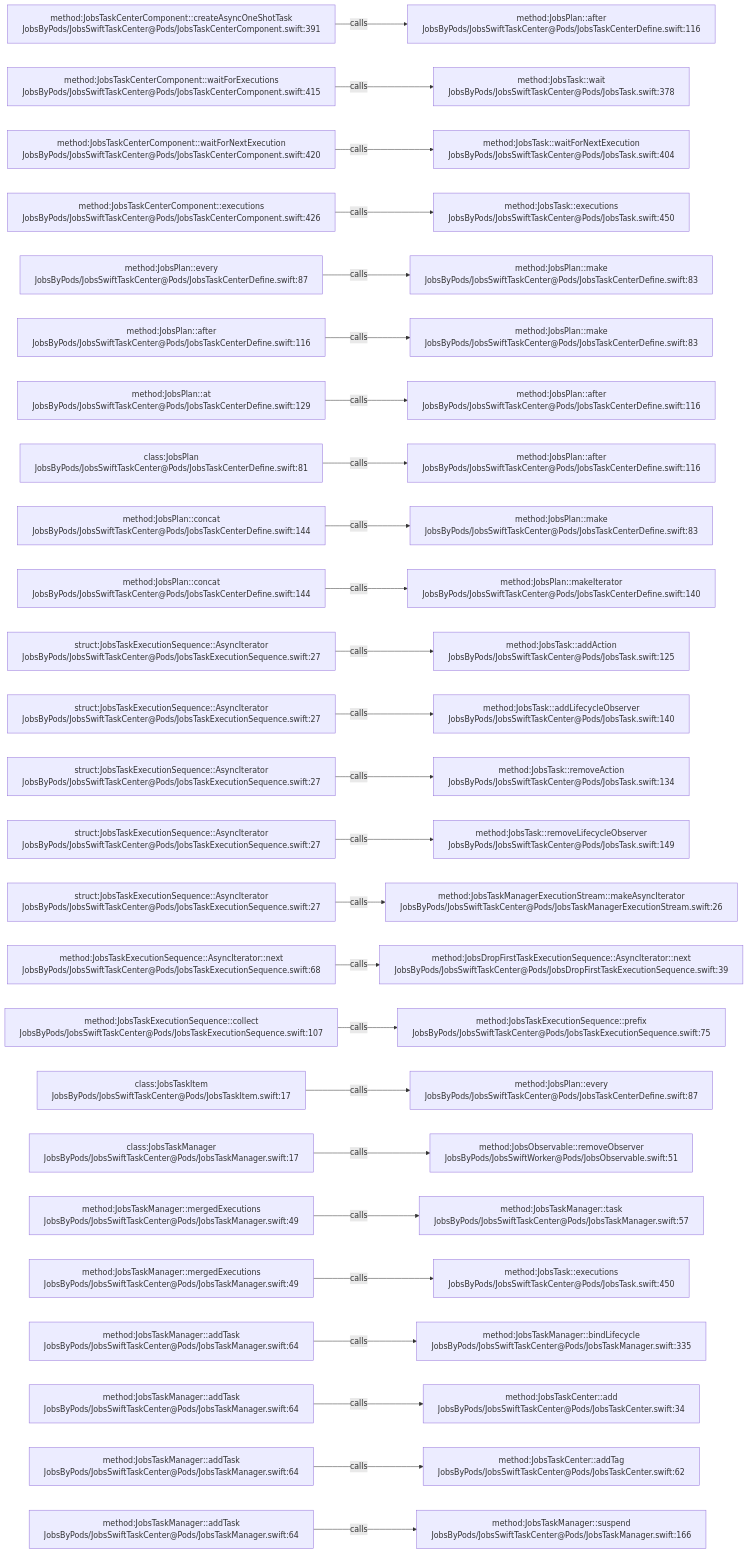
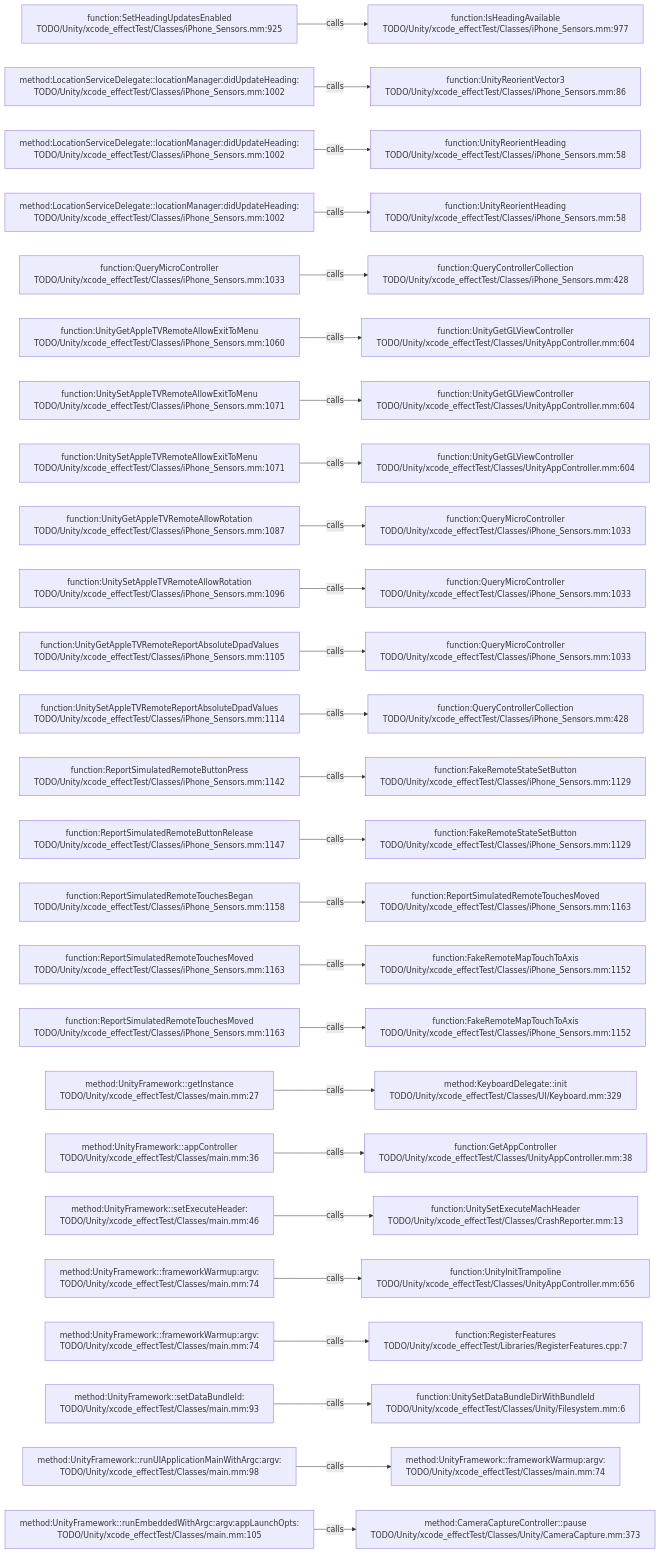
One commit to JobsKits/JobsSwiftBaseConfigDemo changed the diagram in .codegraph/codegraph.md/graphs/calls-054.md. Above: the diagram before and after it, drawn with Mermaid. The commit also changed 227 other files, not shown here.

````diff
--- a/.codegraph/codegraph.md/graphs/calls-054.md
+++ b/.codegraph/codegraph.md/graphs/calls-054.md
@@ -13,78 +13,78 @@
 ```mermaid
 flowchart LR
-  S1["method:JobsTaskCenterComponent::createAsyncOneShotTask<br/>JobsByPods/JobsSwiftTaskCenter@Pods/JobsTaskCenterComponent.swift:391"]
-  T1["method:JobsPlan::after<br/>JobsByPods/JobsSwiftTaskCenter@Pods/JobsTaskCenterDefine.swift:116"]
+  S1["function:SetHeadingUpdatesEnabled<br/>TODO/Unity/xcode_effectTest/Classes/iPhone_Sensors.mm:925"]
+  T1["function:IsHeadingAvailable<br/>TODO/Unity/xcode_effectTest/Classes/iPhone_Sensors.mm:977"]
   S1 -->|calls| T1
-  S2["method:JobsTaskCenterComponent::waitForExecutions<br/>JobsByPods/JobsSwiftTaskCenter@Pods/JobsTaskCenterComponent.swift:415"]
-  T2["method:JobsTask::wait<br/>JobsByPods/JobsSwiftTaskCenter@Pods/JobsTask.swift:378"]
+  S2["method:LocationServiceDelegate::locationManager:didUpdateHeading:<br/>TODO/Unity/xcode_effectTest/Classes/iPhone_Sensors.mm:1002"]
+  T2["function:UnityReorientVector3<br/>TODO/Unity/xcode_effectTest/Classes/iPhone_Sensors.mm:86"]
   S2 -->|calls| T2
-  S3["method:JobsTaskCenterComponent::waitForNextExecution<br/>JobsByPods/JobsSwiftTaskCenter@Pods/JobsTaskCenterComponent.swift:420"]
-  T3["method:JobsTask::waitForNextExecution<br/>JobsByPods/JobsSwiftTaskCenter@Pods/JobsTask.swift:404"]
+  S3["method:LocationServiceDelegate::locationManager:didUpdateHeading:<br/>TODO/Unity/xcode_effectTest/Classes/iPhone_Sensors.mm:1002"]
+  T3["function:UnityReorientHeading<br/>TODO/Unity/xcode_effectTest/Classes/iPhone_Sensors.mm:58"]
   S3 -->|calls| T3
-  S4["method:JobsTaskCenterComponent::executions<br/>JobsByPods/JobsSwiftTaskCenter@Pods/JobsTaskCenterComponent.swift:426"]
-  T4["method:JobsTask::executions<br/>JobsByPods/JobsSwiftTaskCenter@Pods/JobsTask.swift:450"]
+  S4["method:LocationServiceDelegate::locationManager:didUpdateHeading:<br/>TODO/Unity/xcode_effectTest/Classes/iPhone_Sensors.mm:1002"]
+  T4["function:UnityReorientHeading<br/>TODO/Unity/xcode_effectTest/Classes/iPhone_Sensors.mm:58"]
   S4 -->|calls| T4
-  S5["method:JobsPlan::every<br/>JobsByPods/JobsSwiftTaskCenter@Pods/JobsTaskCenterDefine.swift:87"]
-  T5["method:JobsPlan::make<br/>JobsByPods/JobsSwiftTaskCenter@Pods/JobsTaskCenterDefine.swift:83"]
+  S5["function:QueryMicroController<br/>TODO/Unity/xcode_effectTest/Classes/iPhone_Sensors.mm:1033"]
+  T5["function:QueryControllerCollection<br/>TODO/Unity/xcode_effectTest/Classes/iPhone_Sensors.mm:428"]
   S5 -->|calls| T5
-  S6["method:JobsPlan::after<br/>JobsByPods/JobsSwiftTaskCenter@Pods/JobsTaskCenterDefine.swift:116"]
-  T6["method:JobsPlan::make<br/>JobsByPods/JobsSwiftTaskCenter@Pods/JobsTaskCenterDefine.swift:83"]
+  S6["function:UnityGetAppleTVRemoteAllowExitToMenu<br/>TODO/Unity/xcode_effectTest/Classes/iPhone_Sensors.mm:1060"]
+  T6["function:UnityGetGLViewController<br/>TODO/Unity/xcode_effectTest/Classes/UnityAppController.mm:604"]
   S6 -->|calls| T6
-  S7["method:JobsPlan::at<br/>JobsByPods/JobsSwiftTaskCenter@Pods/JobsTaskCenterDefine.swift:129"]
-  T7["method:JobsPlan::after<br/>JobsByPods/JobsSwiftTaskCenter@Pods/JobsTaskCenterDefine.swift:116"]
+  S7["function:UnitySetAppleTVRemoteAllowExitToMenu<br/>TODO/Unity/xcode_effectTest/Classes/iPhone_Sensors.mm:1071"]
+  T7["function:UnityGetGLViewController<br/>TODO/Unity/xcode_effectTest/Classes/UnityAppController.mm:604"]
   S7 -->|calls| T7
-  S8["class:JobsPlan<br/>JobsByPods/JobsSwiftTaskCenter@Pods/JobsTaskCenterDefine.swift:81"]
-  T8["method:JobsPlan::after<br/>JobsByPods/JobsSwiftTaskCenter@Pods/JobsTaskCenterDefine.swift:116"]
+  S8["function:UnitySetAppleTVRemoteAllowExitToMenu<br/>TODO/Unity/xcode_effectTest/Classes/iPhone_Sensors.mm:1071"]
+  T8["function:UnityGetGLViewController<br/>TODO/Unity/xcode_effectTest/Classes/UnityAppController.mm:604"]
   S8 -->|calls| T8
-  S9["method:JobsPlan::concat<br/>JobsByPods/JobsSwiftTaskCenter@Pods/JobsTaskCenterDefine.swift:144"]
-  T9["method:JobsPlan::make<br/>JobsByPods/JobsSwiftTaskCenter@Pods/JobsTaskCenterDefine.swift:83"]
+  S9["function:UnityGetAppleTVRemoteAllowRotation<br/>TODO/Unity/xcode_effectTest/Classes/iPhone_Sensors.mm:1087"]
+  T9["function:QueryMicroController<br/>TODO/Unity/xcode_effectTest/Classes/iPhone_Sensors.mm:1033"]
   S9 -->|calls| T9
-  S10["method:JobsPlan::concat<br/>JobsByPods/JobsSwiftTaskCenter@Pods/JobsTaskCenterDefine.swift:144"]
-  T10["method:JobsPlan::makeIterator<br/>JobsByPods/JobsSwiftTaskCenter@Pods/JobsTaskCenterDefine.swift:140"]
+  S10["function:UnitySetAppleTVRemoteAllowRotation<br/>TODO/Unity/xcode_effectTest/Classes/iPhone_Sensors.mm:1096"]
+  T10["function:QueryMicroController<br/>TODO/Unity/xcode_effectTest/Classes/iPhone_Sensors.mm:1033"]
   S10 -->|calls| T10
-  S11["struct:JobsTaskExecutionSequence::AsyncIterator<br/>JobsByPods/JobsSwiftTaskCenter@Pods/JobsTaskExecutionSequence.swift:27"]
-  T11["method:JobsTask::addAction<br/>JobsByPods/JobsSwiftTaskCenter@Pods/JobsTask.swift:125"]
+  S11["function:UnityGetAppleTVRemoteReportAbsoluteDpadValues<br/>TODO/Unity/xcode_effectTest/Classes/iPhone_Sensors.mm:1105"]
+  T11["function:QueryMicroController<br/>TODO/Unity/xcode_effectTest/Classes/iPhone_Sensors.mm:1033"]
   S11 -->|calls| T11
-  S12["struct:JobsTaskExecutionSequence::AsyncIterator<br/>JobsByPods/JobsSwiftTaskCenter@Pods/JobsTaskExecutionSequence.swift:27"]
-  T12["method:JobsTask::addLifecycleObserver<br/>JobsByPods/JobsSwiftTaskCenter@Pods/JobsTask.swift:140"]
+  S12["function:UnitySetAppleTVRemoteReportAbsoluteDpadValues<br/>TODO/Unity/xcode_effectTest/Classes/iPhone_Sensors.mm:1114"]
+  T12["function:QueryControllerCollection<br/>TODO/Unity/xcode_effectTest/Classes/iPhone_Sensors.mm:428"]
   S12 -->|calls| T12
-  S13["struct:JobsTaskExecutionSequence::AsyncIterator<br/>JobsByPods/JobsSwiftTaskCenter@Pods/JobsTaskExecutionSequence.swift:27"]
-  T13["method:JobsTask::removeAction<br/>JobsByPods/JobsSwiftTaskCenter@Pods/JobsTask.swift:134"]
+  S13["function:ReportSimulatedRemoteButtonPress<br/>TODO/Unity/xcode_effectTest/Classes/iPhone_Sensors.mm:1142"]
+  T13["function:FakeRemoteStateSetButton<br/>TODO/Unity/xcode_effectTest/Classes/iPhone_Sensors.mm:1129"]
   S13 -->|calls| T13
-  S14["struct:JobsTaskExecutionSequence::AsyncIterator<br/>JobsByPods/JobsSwiftTaskCenter@Pods/JobsTaskExecutionSequence.swift:27"]
-  T14["method:JobsTask::removeLifecycleObserver<br/>JobsByPods/JobsSwiftTaskCenter@Pods/JobsTask.swift:149"]
+  S14["function:ReportSimulatedRemoteButtonRelease<br/>TODO/Unity/xcode_effectTest/Classes/iPhone_Sensors.mm:1147"]
+  T14["function:FakeRemoteStateSetButton<br/>TODO/Unity/xcode_effectTest/Classes/iPhone_Sensors.mm:1129"]
   S14 -->|calls| T14
-  S15["struct:JobsTaskExecutionSequence::AsyncIterator<br/>JobsByPods/JobsSwiftTaskCenter@Pods/JobsTaskExecutionSequence.swift:27"]
-  T15["method:JobsTaskManagerExecutionStream::makeAsyncIterator<br/>JobsByPods/JobsSwiftTaskCenter@Pods/JobsTaskManagerExecutionStream.swift:26"]
+  S15["function:ReportSimulatedRemoteTouchesBegan<br/>TODO/Unity/xcode_effectTest/Classes/iPhone_Sensors.mm:1158"]
+  T15["function:ReportSimulatedRemoteTouchesMoved<br/>TODO/Unity/xcode_effectTest/Classes/iPhone_Sensors.mm:1163"]
   S15 -->|calls| T15
-  S16["method:JobsTaskExecutionSequence::AsyncIterator::next<br/>JobsByPods/JobsSwiftTaskCenter@Pods/JobsTaskExecutionSequence.swift:68"]
-  T16["method:JobsDropFirstTaskExecutionSequence::AsyncIterator::next<br/>JobsByPods/JobsSwiftTaskCenter@Pods/JobsDropFirstTaskExecutionSequence.swift:39"]
+  S16["function:ReportSimulatedRemoteTouchesMoved<br/>TODO/Unity/xcode_effectTest/Classes/iPhone_Sensors.mm:1163"]
+  T16["function:FakeRemoteMapTouchToAxis<br/>TODO/Unity/xcode_effectTest/Classes/iPhone_Sensors.mm:1152"]
   S16 -->|calls| T16
-  S17["method:JobsTaskExecutionSequence::collect<br/>JobsByPods/JobsSwiftTaskCenter@Pods/JobsTaskExecutionSequence.swift:107"]
-  T17["method:JobsTaskExecutionSequence::prefix<br/>JobsByPods/JobsSwiftTaskCenter@Pods/JobsTaskExecutionSequence.swift:75"]
+  S17["function:ReportSimulatedRemoteTouchesMoved<br/>TODO/Unity/xcode_effectTest/Classes/iPhone_Sensors.mm:1163"]
+  T17["function:FakeRemoteMapTouchToAxis<br/>TODO/Unity/xcode_effectTest/Classes/iPhone_Sensors.mm:1152"]
   S17 -->|calls| T17
-  S18["class:JobsTaskItem<br/>JobsByPods/JobsSwiftTaskCenter@Pods/JobsTaskItem.swift:17"]
-  T18["method:JobsPlan::every<br/>JobsByPods/JobsSwiftTaskCenter@Pods/JobsTaskCenterDefine.swift:87"]
+  S18["method:UnityFramework::getInstance<br/>TODO/Unity/xcode_effectTest/Classes/main.mm:27"]
+  T18["method:KeyboardDelegate::init<br/>TODO/Unity/xcode_effectTest/Classes/UI/Keyboard.mm:329"]
   S18 -->|calls| T18
-  S19["class:JobsTaskManager<br/>JobsByPods/JobsSwiftTaskCenter@Pods/JobsTaskManager.swift:17"]
-  T19["method:JobsObservable::removeObserver<br/>JobsByPods/JobsSwiftWorker@Pods/JobsObservable.swift:51"]
+  S19["method:UnityFramework::appController<br/>TODO/Unity/xcode_effectTest/Classes/main.mm:36"]
+  T19["function:GetAppController<br/>TODO/Unity/xcode_effectTest/Classes/UnityAppController.mm:38"]
   S19 -->|calls| T19
-  S20["method:JobsTaskManager::mergedExecutions<br/>JobsByPods/JobsSwiftTaskCenter@Pods/JobsTaskManager.swift:49"]
-  T20["method:JobsTaskManager::task<br/>JobsByPods/JobsSwiftTaskCenter@Pods/JobsTaskManager.swift:57"]
+  S20["method:UnityFramework::setExecuteHeader:<br/>TODO/Unity/xcode_effectTest/Classes/main.mm:46"]
+  T20["function:UnitySetExecuteMachHeader<br/>TODO/Unity/xcode_effectTest/Classes/CrashReporter.mm:13"]
   S20 -->|calls| T20
-  S21["method:JobsTaskManager::mergedExecutions<br/>JobsByPods/JobsSwiftTaskCenter@Pods/JobsTaskManager.swift:49"]
-  T21["method:JobsTask::executions<br/>JobsByPods/JobsSwiftTaskCenter@Pods/JobsTask.swift:450"]
+  S21["method:UnityFramework::frameworkWarmup:argv:<br/>TODO/Unity/xcode_effectTest/Classes/main.mm:74"]
+  T21["function:UnityInitTrampoline<br/>TODO/Unity/xcode_effectTest/Classes/UnityAppController.mm:656"]
   S21 -->|calls| T21
-  S22["method:JobsTaskManager::addTask<br/>JobsByPods/JobsSwiftTaskCenter@Pods/JobsTaskManager.swift:64"]
-  T22["method:JobsTaskManager::bindLifecycle<br/>JobsByPods/JobsSwiftTaskCenter@Pods/JobsTaskManager.swift:335"]
+  S22["method:UnityFramework::frameworkWarmup:argv:<br/>TODO/Unity/xcode_effectTest/Classes/main.mm:74"]
+  T22["function:RegisterFeatures<br/>TODO/Unity/xcode_effectTest/Libraries/RegisterFeatures.cpp:7"]
   S22 -->|calls| T22
-  S23["method:JobsTaskManager::addTask<br/>JobsByPods/JobsSwiftTaskCenter@Pods/JobsTaskManager.swift:64"]
-  T23["method:JobsTaskCenter::add<br/>JobsByPods/JobsSwiftTaskCenter@Pods/JobsTaskCenter.swift:34"]
+  S23["method:UnityFramework::setDataBundleId:<br/>TODO/Unity/xcode_effectTest/Classes/main.mm:93"]
+  T23["function:UnitySetDataBundleDirWithBundleId<br/>TODO/Unity/xcode_effectTest/Classes/Unity/Filesystem.mm:6"]
   S23 -->|calls| T23
-  S24["method:JobsTaskManager::addTask<br/>JobsByPods/JobsSwiftTaskCenter@Pods/JobsTaskManager.swift:64"]
-  T24["method:JobsTaskCenter::addTag<br/>JobsByPods/JobsSwiftTaskCenter@Pods/JobsTaskCenter.swift:62"]
+  S24["method:UnityFramework::runUIApplicationMainWithArgc:argv:<br/>TODO/Unity/xcode_effectTest/Classes/main.mm:98"]
+  T24["method:UnityFramework::frameworkWarmup:argv:<br/>TODO/Unity/xcode_effectTest/Classes/main.mm:74"]
   S24 -->|calls| T24
-  S25["method:JobsTaskManager::addTask<br/>JobsByPods/JobsSwiftTaskCenter@Pods/JobsTaskManager.swift:64"]
-  T25["method:JobsTaskManager::suspend<br/>JobsByPods/JobsSwiftTaskCenter@Pods/JobsTaskManager.swift:166"]
+  S25["method:UnityFramework::runEmbeddedWithArgc:argv:appLaunchOpts:<br/>TODO/Unity/xcode_effectTest/Classes/main.mm:105"]
+  T25["method:CameraCaptureController::pause<br/>TODO/Unity/xcode_effectTest/Classes/Unity/CameraCapture.mm:373"]
   S25 -->|calls| T25
 ```
````
